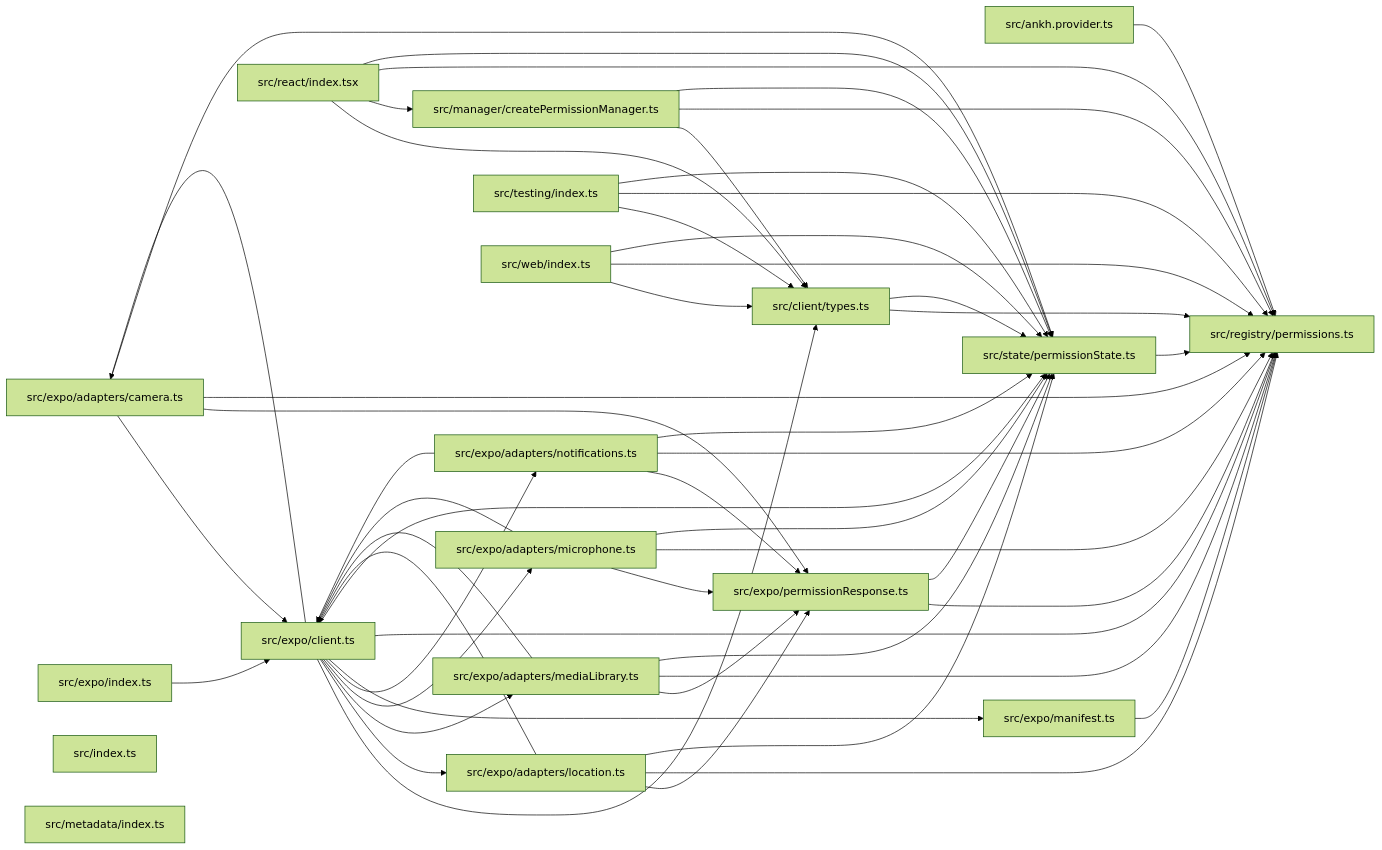
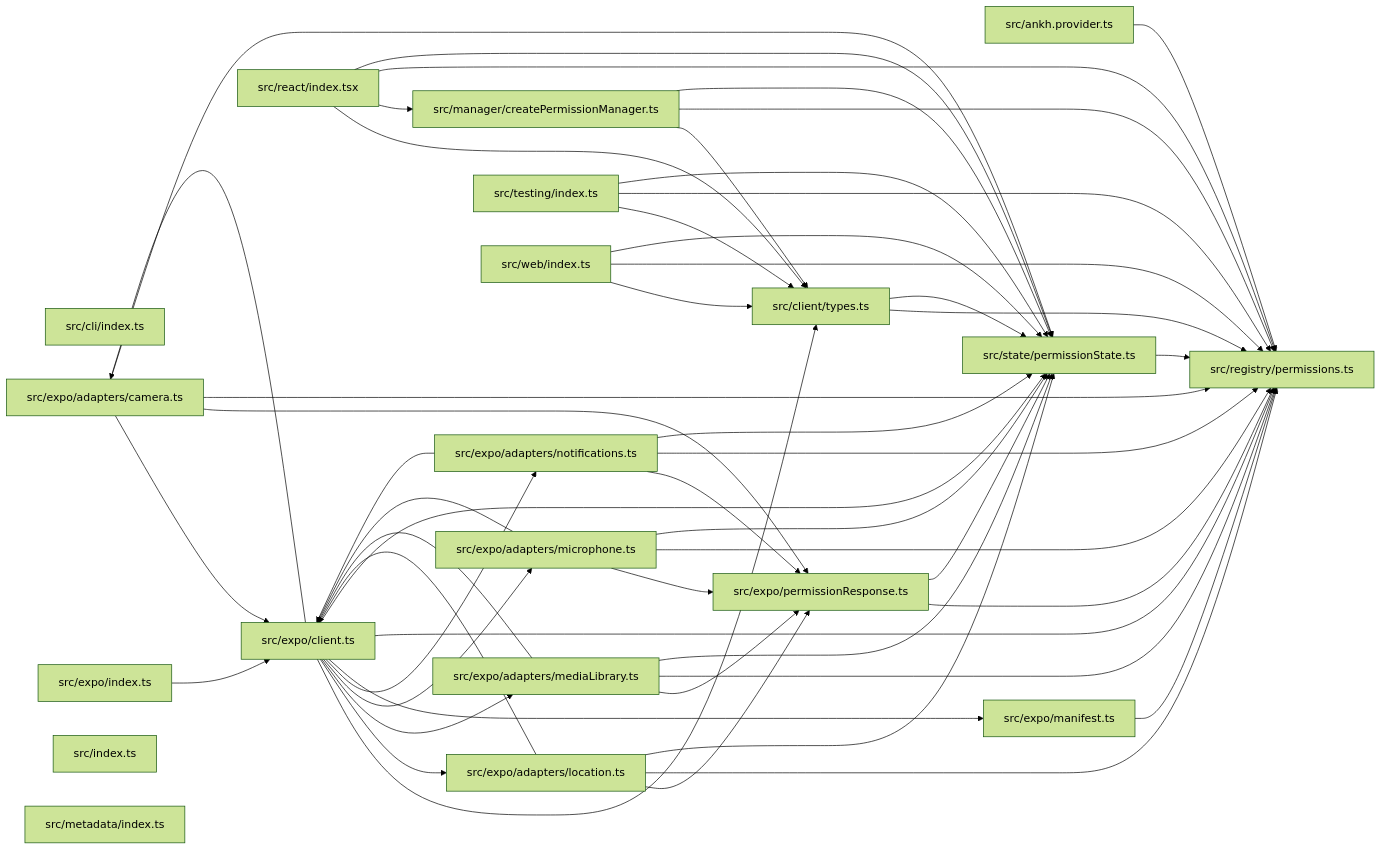
Before and after one commit to ankhorage/permissions: the diagram in paradox/diagrams/module-relationships.mmd, drawn with Mermaid (forest theme). The commit also changed 17 other files, not shown here.

```diff
--- a/paradox/diagrams/module-relationships.mmd
+++ b/paradox/diagrams/module-relationships.mmd
@@ -1,70 +1,71 @@
 graph LR
   module_src_ankh_provider_ts["src/ankh.provider.ts"]
+  module_src_cli_index_ts["src/cli/index.ts"]
   module_src_client_types_ts["src/client/types.ts"]
   module_src_expo_adapters_camera_ts["src/expo/adapters/camera.ts"]
   module_src_expo_adapters_location_ts["src/expo/adapters/location.ts"]
   module_src_expo_adapters_mediaLibrary_ts["src/expo/adapters/mediaLibrary.ts"]
   module_src_expo_adapters_microphone_ts["src/expo/adapters/microphone.ts"]
   module_src_expo_adapters_notifications_ts["src/expo/adapters/notifications.ts"]
   module_src_expo_client_ts["src/expo/client.ts"]
   module_src_expo_index_ts["src/expo/index.ts"]
   module_src_expo_manifest_ts["src/expo/manifest.ts"]
   module_src_expo_permissionResponse_ts["src/expo/permissionResponse.ts"]
   module_src_index_ts["src/index.ts"]
   module_src_manager_createPermissionManager_ts["src/manager/createPermissionManager.ts"]
   module_src_metadata_index_ts["src/metadata/index.ts"]
   module_src_react_index_tsx["src/react/index.tsx"]
   module_src_registry_permissions_ts["src/registry/permissions.ts"]
   module_src_state_permissionState_ts["src/state/permissionState.ts"]
   module_src_testing_index_ts["src/testing/index.ts"]
   module_src_web_index_ts["src/web/index.ts"]
   module_src_ankh_provider_ts --> module_src_registry_permissions_ts
   module_src_client_types_ts --> module_src_registry_permissions_ts
   module_src_client_types_ts --> module_src_state_permissionState_ts
   module_src_expo_adapters_camera_ts --> module_src_expo_client_ts
   module_src_expo_adapters_camera_ts --> module_src_expo_permissionResponse_ts
   module_src_expo_adapters_camera_ts --> module_src_registry_permissions_ts
   module_src_expo_adapters_camera_ts --> module_src_state_permissionState_ts
   module_src_expo_adapters_location_ts --> module_src_expo_client_ts
   module_src_expo_adapters_location_ts --> module_src_expo_permissionResponse_ts
   module_src_expo_adapters_location_ts --> module_src_registry_permissions_ts
   module_src_expo_adapters_location_ts --> module_src_state_permissionState_ts
   module_src_expo_adapters_mediaLibrary_ts --> module_src_expo_client_ts
   module_src_expo_adapters_mediaLibrary_ts --> module_src_expo_permissionResponse_ts
   module_src_expo_adapters_mediaLibrary_ts --> module_src_registry_permissions_ts
   module_src_expo_adapters_mediaLibrary_ts --> module_src_state_permissionState_ts
   module_src_expo_adapters_microphone_ts --> module_src_expo_client_ts
   module_src_expo_adapters_microphone_ts --> module_src_expo_permissionResponse_ts
   module_src_expo_adapters_microphone_ts --> module_src_registry_permissions_ts
   module_src_expo_adapters_microphone_ts --> module_src_state_permissionState_ts
   module_src_expo_adapters_notifications_ts --> module_src_expo_client_ts
   module_src_expo_adapters_notifications_ts --> module_src_expo_permissionResponse_ts
   module_src_expo_adapters_notifications_ts --> module_src_registry_permissions_ts
   module_src_expo_adapters_notifications_ts --> module_src_state_permissionState_ts
   module_src_expo_client_ts --> module_src_client_types_ts
   module_src_expo_client_ts --> module_src_expo_adapters_camera_ts
   module_src_expo_client_ts --> module_src_expo_adapters_location_ts
   module_src_expo_client_ts --> module_src_expo_adapters_mediaLibrary_ts
   module_src_expo_client_ts --> module_src_expo_adapters_microphone_ts
   module_src_expo_client_ts --> module_src_expo_adapters_notifications_ts
   module_src_expo_client_ts --> module_src_expo_manifest_ts
   module_src_expo_client_ts --> module_src_registry_permissions_ts
   module_src_expo_client_ts --> module_src_state_permissionState_ts
   module_src_expo_index_ts --> module_src_expo_client_ts
   module_src_expo_manifest_ts --> module_src_registry_permissions_ts
   module_src_expo_permissionResponse_ts --> module_src_registry_permissions_ts
   module_src_expo_permissionResponse_ts --> module_src_state_permissionState_ts
   module_src_manager_createPermissionManager_ts --> module_src_client_types_ts
   module_src_manager_createPermissionManager_ts --> module_src_registry_permissions_ts
   module_src_manager_createPermissionManager_ts --> module_src_state_permissionState_ts
   module_src_react_index_tsx --> module_src_client_types_ts
   module_src_react_index_tsx --> module_src_manager_createPermissionManager_ts
   module_src_react_index_tsx --> module_src_registry_permissions_ts
   module_src_react_index_tsx --> module_src_state_permissionState_ts
   module_src_state_permissionState_ts --> module_src_registry_permissions_ts
   module_src_testing_index_ts --> module_src_client_types_ts
   module_src_testing_index_ts --> module_src_registry_permissions_ts
   module_src_testing_index_ts --> module_src_state_permissionState_ts
   module_src_web_index_ts --> module_src_client_types_ts
   module_src_web_index_ts --> module_src_registry_permissions_ts
   module_src_web_index_ts --> module_src_state_permissionState_ts
```
